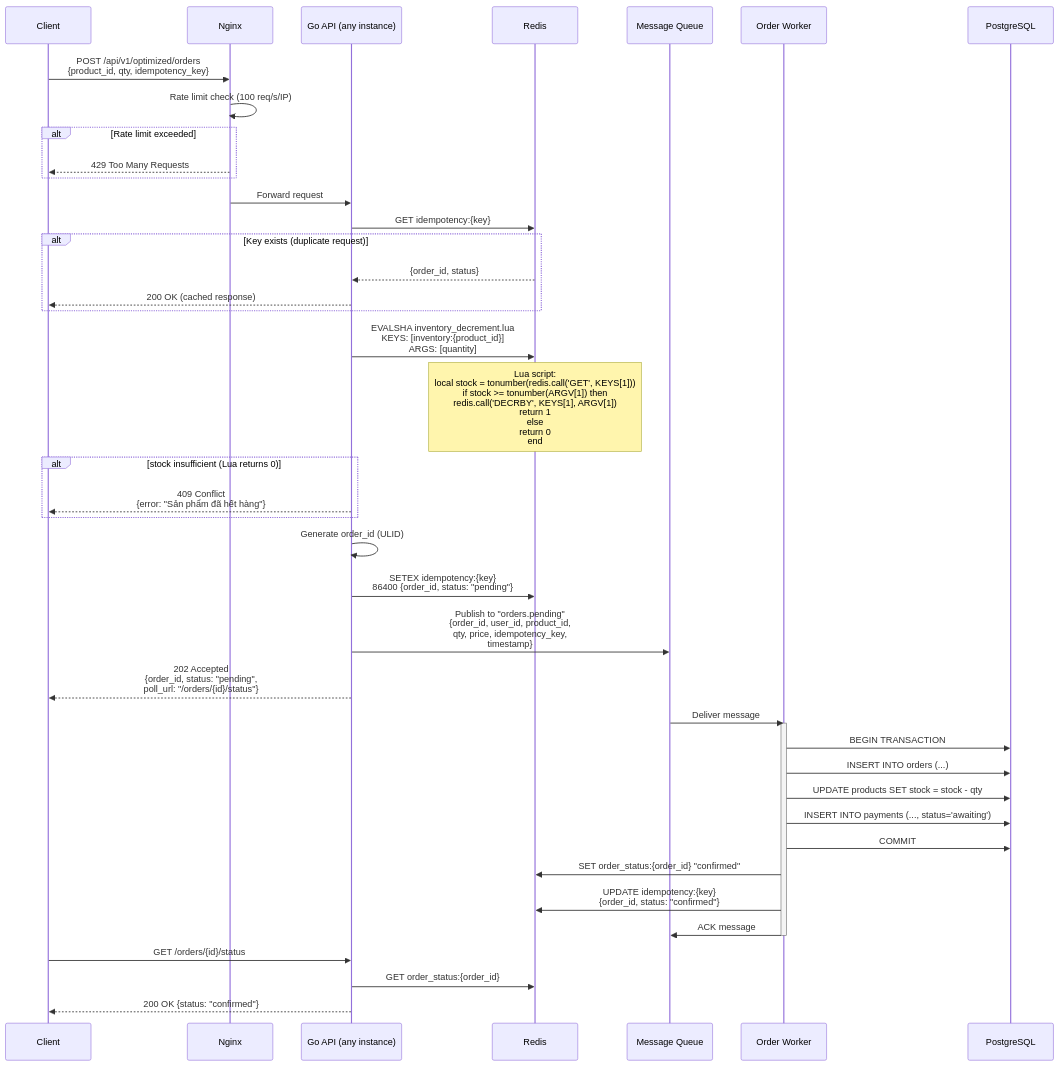
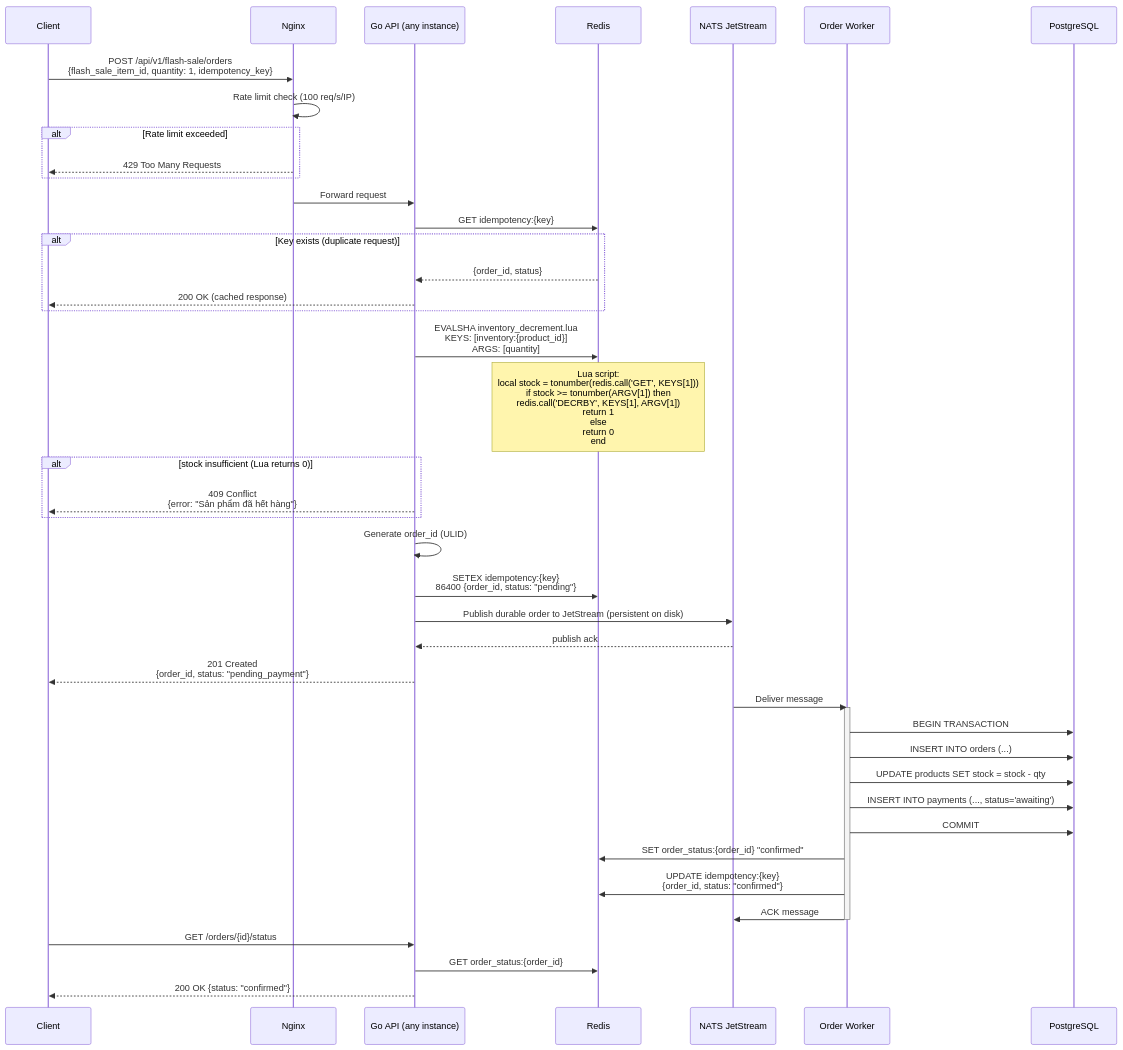
Before and after one commit to TriNgoc2077/ApexStock: the fifth of 17 diagrams in docs/design/01-system-architecture.md, drawn with Mermaid. The commit also changed other lines of this file and 26 other files, not shown here.

````diff
--- a/docs/design/01-system-architecture.md
+++ b/docs/design/01-system-architecture.md
@@ -318,59 +327,60 @@
 ```mermaid
 sequenceDiagram
     participant C as Client
     participant NGX as Nginx
     participant API as Go API (any instance)
     participant R as Redis
-    participant Q as Message Queue
+    participant Q as NATS JetStream
     participant W as Order Worker
     participant DB as PostgreSQL
 
-    C->>NGX: POST /api/v1/optimized/orders<br/>{product_id, qty, idempotency_key}
+    C->>NGX: POST /api/v1/flash-sale/orders<br/>{flash_sale_item_id, quantity: 1, idempotency_key}
     NGX->>NGX: Rate limit check (100 req/s/IP)
 
     alt Rate limit exceeded
         NGX-->>C: 429 Too Many Requests
     end
 
     NGX->>API: Forward request
 
     %% Step 1: Idempotency Check
     API->>R: GET idempotency:{key}
     alt Key exists (duplicate request)
         R-->>API: {order_id, status}
         API-->>C: 200 OK (cached response)
     end
 
     %% Step 2: Atomic Inventory Check + Reserve
     API->>R: EVALSHA inventory_decrement.lua<br/>KEYS: [inventory:{product_id}]<br/>ARGS: [quantity]
     Note over R: Lua script:<br/>local stock = tonumber(redis.call('GET', KEYS[1]))<br/>if stock >= tonumber(ARGV[1]) then<br/>  redis.call('DECRBY', KEYS[1], ARGV[1])<br/>  return 1<br/>else<br/>  return 0<br/>end
 
     alt stock insufficient (Lua returns 0)
         API-->>C: 409 Conflict<br/>{error: "Sản phẩm đã hết hàng"}
     end
 
     %% Step 3: Generate Order & Publish
     API->>API: Generate order_id (ULID)
     API->>R: SETEX idempotency:{key}<br/>86400 {order_id, status: "pending"}
 
-    API->>Q: Publish to "orders.pending"<br/>{order_id, user_id, product_id,<br/>qty, price, idempotency_key,<br/>timestamp}
-    API-->>C: 202 Accepted<br/>{order_id, status: "pending",<br/>poll_url: "/orders/{id}/status"}
+    API->>Q: Publish durable order to JetStream (persistent on disk)
+    Q-->>API: publish ack
+    API-->>C: 201 Created<br/>{order_id, status: "pending_payment"}
 
     %% Step 4: Async Order Processing
     Q->>W: Deliver message
     activate W
     W->>DB: BEGIN TRANSACTION
     W->>DB: INSERT INTO orders (...)
     W->>DB: UPDATE products SET stock = stock - qty
     W->>DB: INSERT INTO payments (..., status='awaiting')
     W->>DB: COMMIT
     W->>R: SET order_status:{order_id} "confirmed"
     W->>R: UPDATE idempotency:{key}<br/>{order_id, status: "confirmed"}
     W->>Q: ACK message
     deactivate W
 
     %% Step 5: Client Polls or WebSocket
     C->>API: GET /orders/{id}/status
     API->>R: GET order_status:{order_id}
     API-->>C: 200 OK {status: "confirmed"}
 ```
````
